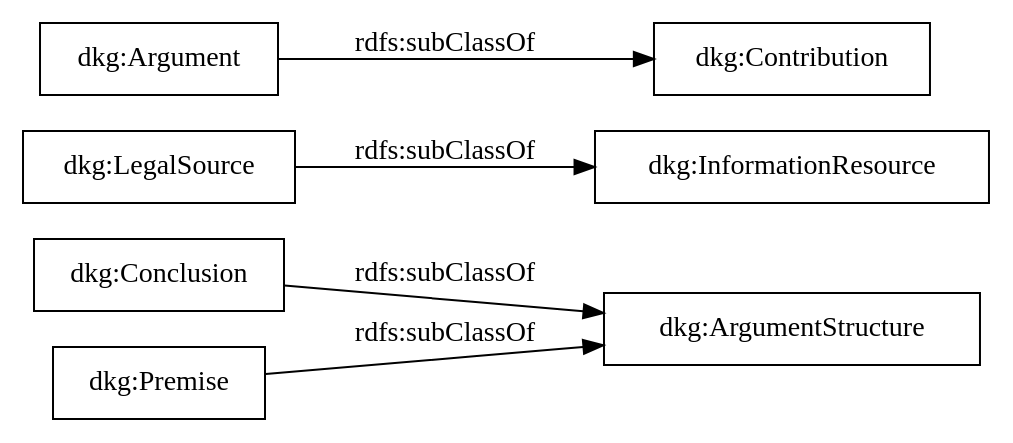
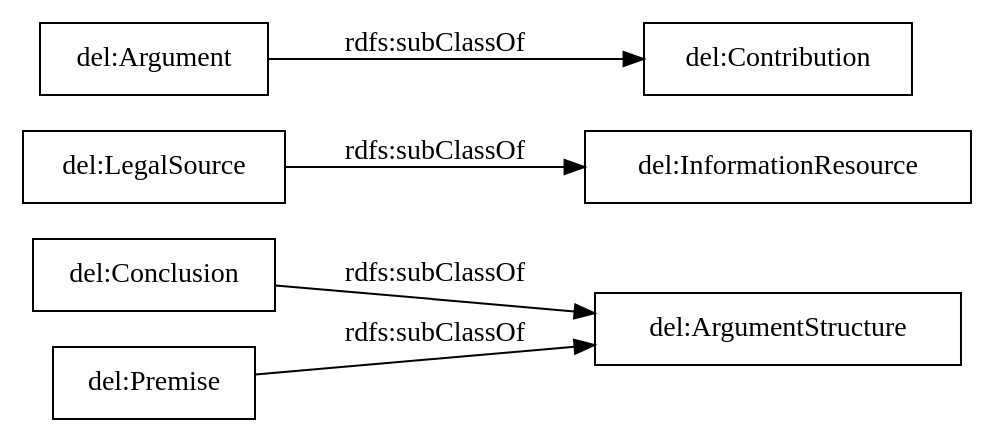
The diagram in OnToology/ontologies/deliberation.owl/diagrams/ar2dtool-taxonomy/deliberation.owl.png.dot (Stocastico96/Deliberation-Knowledge-Graph), drawn with Graphviz before and after one commit. The commit also changed 22 other files, not shown here.

Commit message:
DKG -> DEL

```diff
--- a/OnToology/ontologies/deliberation.owl/diagrams/ar2dtool-taxonomy/deliberation.owl.png.dot
+++ b/OnToology/ontologies/deliberation.owl/diagrams/ar2dtool-taxonomy/deliberation.owl.png.dot
@@ -1,10 +1,10 @@
 digraph ar2dtool_diagram { 
 rankdir=LR;
 size="1000"
-node [shape = rectangle, color="black"]; "dkg:Conclusion" "dkg:LegalSource" "dkg:Argument" "dkg:InformationResource" "dkg:Contribution" "dkg:ArgumentStructure" "dkg:Premise" ; /*classes style*/
-	"dkg:Premise" -> "dkg:ArgumentStructure" [ label = "rdfs:subClassOf" ];
-	"dkg:Argument" -> "dkg:Contribution" [ label = "rdfs:subClassOf" ];
-	"dkg:LegalSource" -> "dkg:InformationResource" [ label = "rdfs:subClassOf" ];
-	"dkg:Conclusion" -> "dkg:ArgumentStructure" [ label = "rdfs:subClassOf" ];
+node [shape = rectangle, color="black"]; "del:Conclusion" "del:LegalSource" "del:Argument" "del:InformationResource" "del:Contribution" "del:ArgumentStructure" "del:Premise" ; /*classes style*/
+	"del:Premise" -> "del:ArgumentStructure" [ label = "rdfs:subClassOf" ];
+	"del:Argument" -> "del:Contribution" [ label = "rdfs:subClassOf" ];
+	"del:LegalSource" -> "del:InformationResource" [ label = "rdfs:subClassOf" ];
+	"del:Conclusion" -> "del:ArgumentStructure" [ label = "rdfs:subClassOf" ];
 
 }
```
